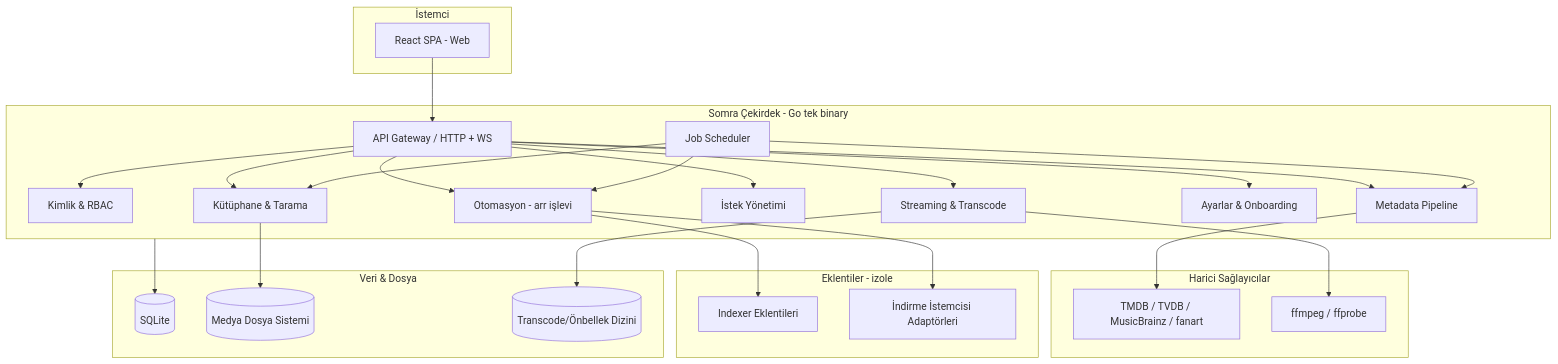
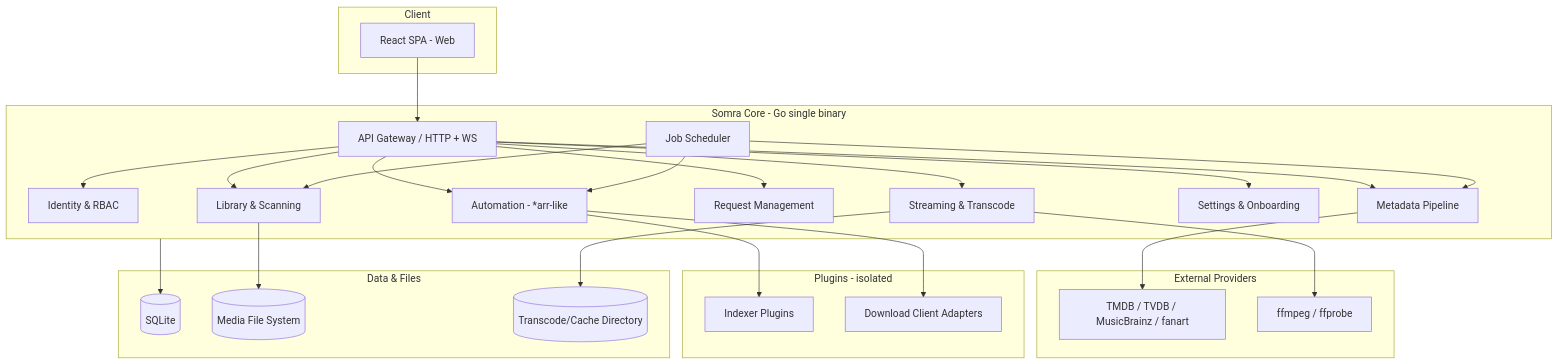
One commit to somralab/somra-media changed the diagram in plan/architecture.md. Above: the diagram before and after it, drawn with Mermaid. The commit also changed other lines of this file and 56 other files, not shown here.

````diff
--- a/plan/architecture.md
+++ b/plan/architecture.md
@@ -25,44 +23,44 @@
 ```mermaid
 flowchart TB
-  subgraph Client[İstemci]
+  subgraph Client[Client]
     WEB[React SPA - Web]
   end
 
-  subgraph Core[Somra Çekirdek - Go tek binary]
+  subgraph Core[Somra Core - Go single binary]
     API[API Gateway / HTTP + WS]
-    AUTH[Kimlik & RBAC]
-    LIB[Kütüphane & Tarama]
+    AUTH[Identity & RBAC]
+    LIB[Library & Scanning]
     META[Metadata Pipeline]
     STREAM[Streaming & Transcode]
-    REQ[İstek Yönetimi]
-    AUTO[Otomasyon - arr işlevi]
+    REQ[Request Management]
+    AUTO[Automation - *arr-like]
     JOBS[Job Scheduler]
-    SETTINGS[Ayarlar & Onboarding]
+    SETTINGS[Settings & Onboarding]
   end
 
-  subgraph Data[Veri & Dosya]
+  subgraph Data[Data & Files]
     DB[(SQLite)]
-    FS[(Medya Dosya Sistemi)]
-    CACHE[(Transcode/Önbellek Dizini)]
+    FS[(Media File System)]
+    CACHE[(Transcode/Cache Directory)]
   end
 
-  subgraph Plugins[Eklentiler - izole]
-    IDX[Indexer Eklentileri]
-    DLC[İndirme İstemcisi Adaptörleri]
+  subgraph Plugins[Plugins - isolated]
+    IDX[Indexer Plugins]
+    DLC[Download Client Adapters]
   end
 
-  subgraph External[Harici Sağlayıcılar]
+  subgraph External[External Providers]
     TMDB[TMDB / TVDB / MusicBrainz / fanart]
     FFMPEG[ffmpeg / ffprobe]
   end
 
   WEB --> API
   API --> AUTH & LIB & META & STREAM & REQ & AUTO & SETTINGS
   LIB --> FS
   META --> TMDB
   STREAM --> FFMPEG
   STREAM --> CACHE
   AUTO --> IDX & DLC
   Core --> DB
   JOBS --> LIB & META & AUTO
 ```
````
